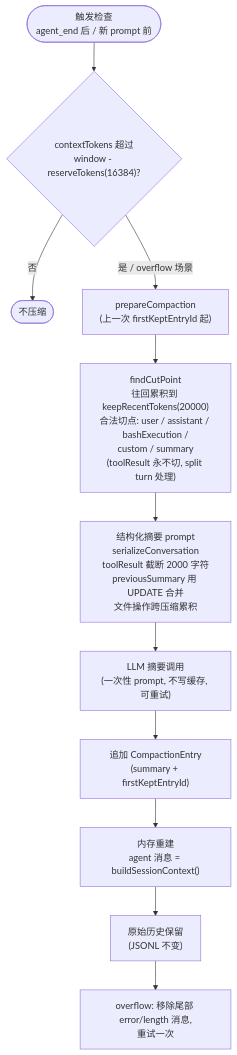
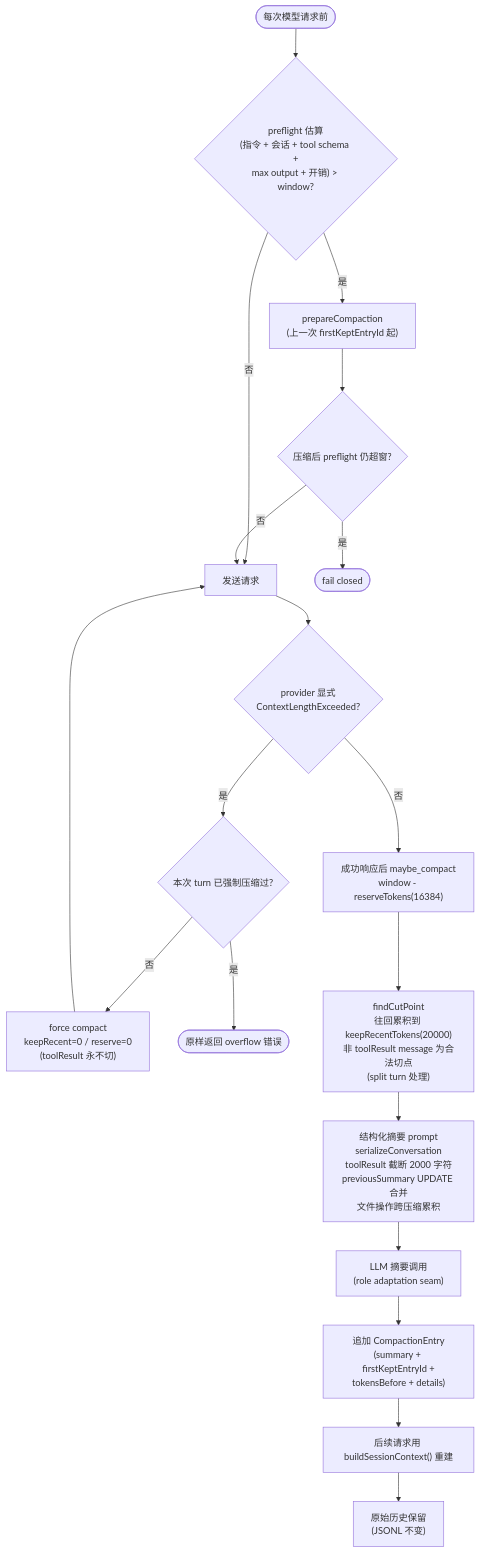
Before and after one commit to qjcnmd/singularity-agent: the sixth of 8 diagrams in docs/singularity.md, drawn with Mermaid. The commit also changed other lines of this file and 5 other files, not shown here.

````diff
--- a/docs/singularity.md
+++ b/docs/singularity.md
@@ -180,13 +184,21 @@
 ```mermaid
 flowchart TD
-    A(["触发检查<br/>agent_end 后 / 新 prompt 前"]) --> B{"contextTokens 超过<br/>window - reserveTokens(16384)?"}
-    B -- 否 --> N1(["不压缩"])
-    B -- 是 / overflow 场景 --> C["prepareCompaction<br/>(上一次 firstKeptEntryId 起)"]
-    C --> D["findCutPoint<br/>往回累积到 keepRecentTokens(20000)<br/>合法切点: user / assistant / bashExecution /<br/>custom / summary<br/>(toolResult 永不切, split turn 处理)"]
-    D --> E["结构化摘要 prompt<br/>serializeConversation<br/>toolResult 截断 2000 字符<br/>previousSummary 用 UPDATE 合并<br/>文件操作跨压缩累积"]
-    E --> F["LLM 摘要调用<br/>(一次性 prompt, 不写缓存, 可重试)"]
-    F --> G["追加 CompactionEntry<br/>(summary + firstKeptEntryId)"]
-    G --> H["内存重建<br/>agent 消息 = buildSessionContext()"]
+    A(["每次模型请求前"]) --> B{"preflight 估算<br/>(指令 + 会话 + tool schema +<br/>max output + 开销) > window?"}
+    B -- 否 --> P["发送请求"]
+    B -- 是 --> C["prepareCompaction<br/>(上一次 firstKeptEntryId 起)"]
+    C --> C2{"压缩后 preflight 仍超窗?"}
+    C2 -- 是 --> FAIL(["fail closed"])
+    C2 -- 否 --> P
+    P --> Q{"provider 显式<br/>ContextLengthExceeded?"}
+    Q -- 是 --> O1{"本次 turn 已强制压缩过?"}
+    O1 -- 否 --> O2["force compact<br/>keepRecent=0 / reserve=0<br/>(toolResult 永不切)"]
+    O2 --> P
+    O1 -- 是 --> FAIL2(["原样返回 overflow 错误"])
+    Q -- 否 --> R["成功响应后 maybe_compact<br/>window - reserveTokens(16384)"]
+    R --> D["findCutPoint<br/>往回累积到 keepRecentTokens(20000)<br/>非 toolResult message 为合法切点<br/>(split turn 处理)"]
+    D --> E["结构化摘要 prompt<br/>serializeConversation<br/>toolResult 截断 2000 字符<br/>previousSummary UPDATE 合并<br/>文件操作跨压缩累积"]
+    E --> F["LLM 摘要调用<br/>(role adaptation seam)"]
+    F --> G["追加 CompactionEntry<br/>(summary + firstKeptEntryId +<br/>tokensBefore + details)"]
+    G --> H["后续请求用 buildSessionContext() 重建"]
     H --> I["原始历史保留<br/>(JSONL 不变)"]
-    I --> J["overflow: 移除尾部 error/length 消息,<br/>重试一次"]
 ```
````
